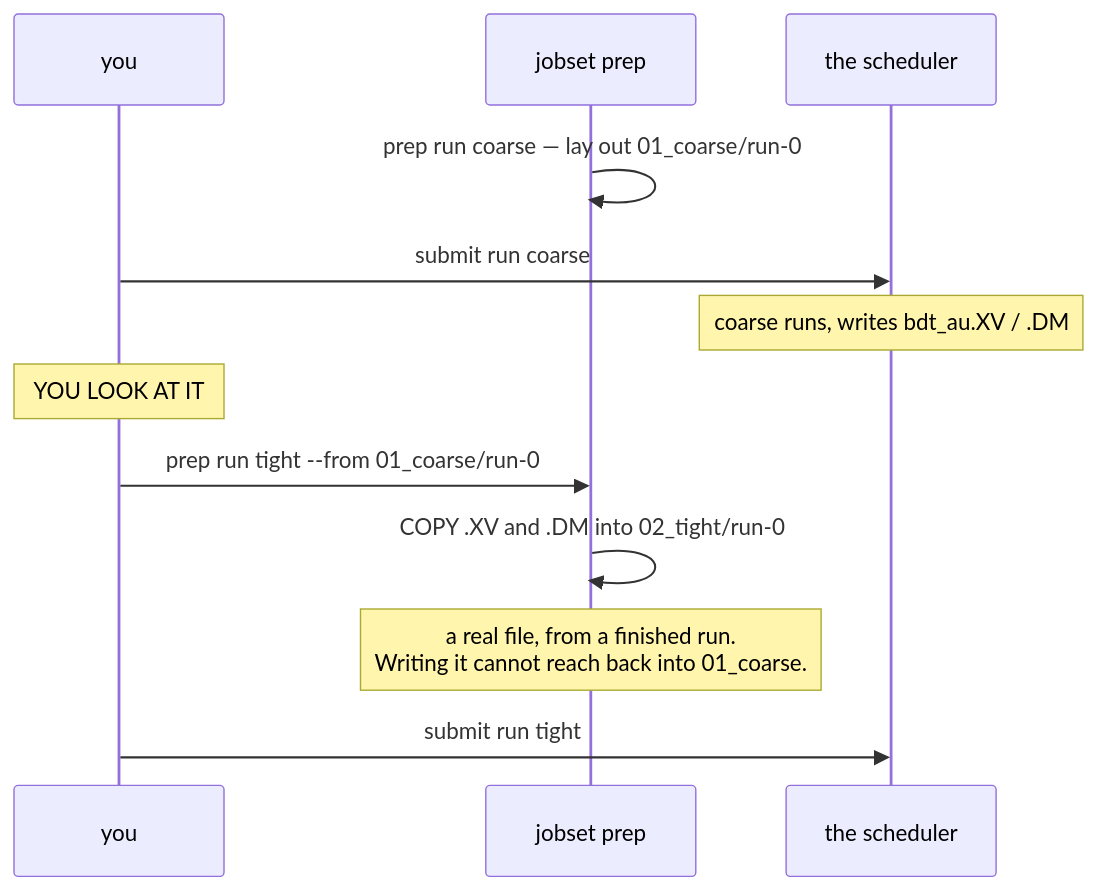
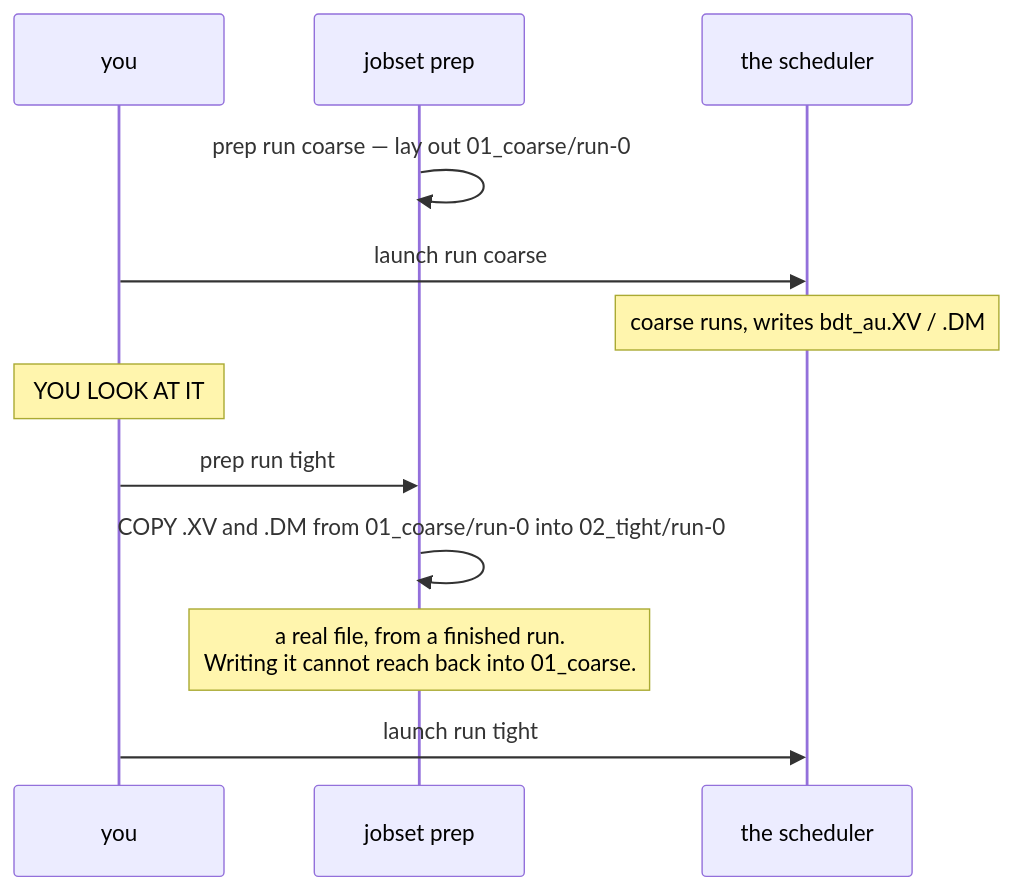
Before and after one commit to Qing-LAB/molbuilder: the third of 10 diagrams in docs/execution/job-system.md, drawn with Mermaid. The commit also changed other lines of this file and 21 other files, not shown here.

````diff
--- a/docs/execution/job-system.md
+++ b/docs/execution/job-system.md
@@ -475,14 +481,14 @@
 ```mermaid
 sequenceDiagram
     participant U as you
     participant P as jobset prep
     participant S as the scheduler
     P->>P: prep run coarse — lay out 01_coarse/run-0
-    U->>S: submit run coarse
+    U->>S: launch run coarse
     Note over S: coarse runs, writes bdt_au.XV / .DM
     Note over U: YOU LOOK AT IT
-    U->>P: prep run tight --from 01_coarse/run-0
-    P->>P: COPY .XV and .DM into 02_tight/run-0
+    U->>P: prep run tight
+    P->>P: COPY .XV and .DM from 01_coarse/run-0 into 02_tight/run-0
     Note over P: a real file, from a finished run.<br/>Writing it cannot reach back into 01_coarse.
-    U->>S: submit run tight
+    U->>S: launch run tight
 ```
````
